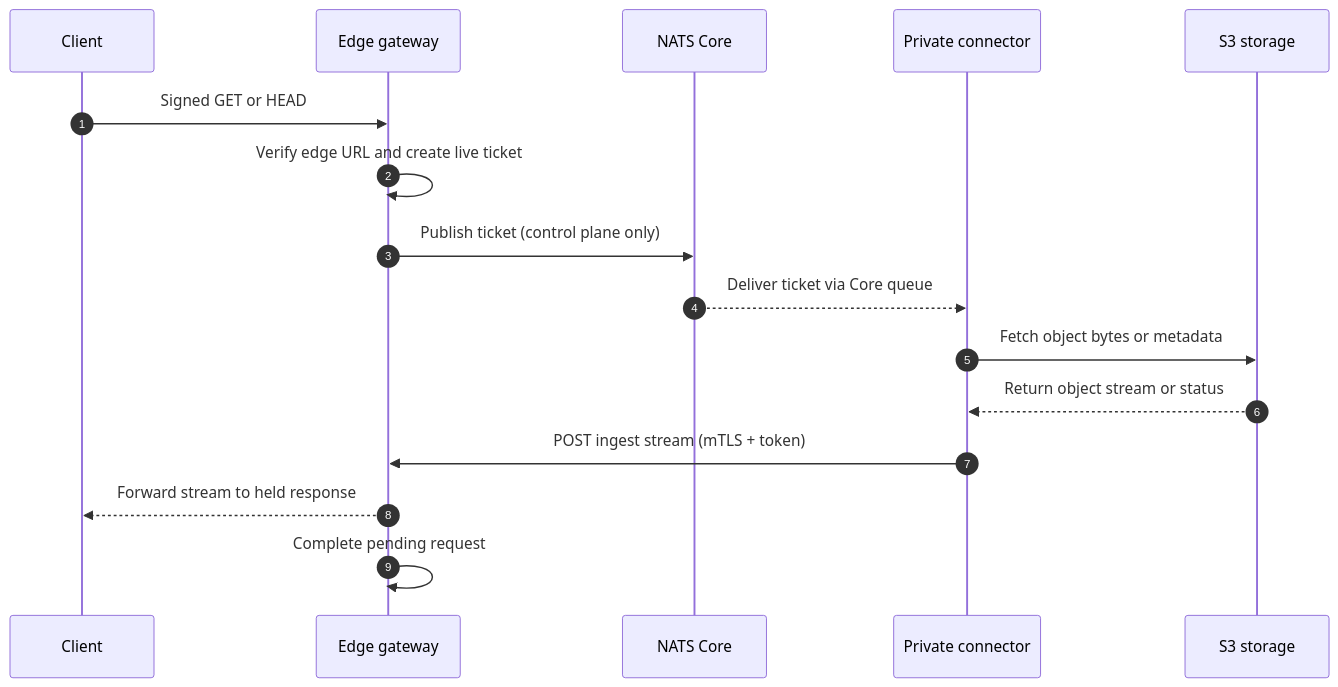
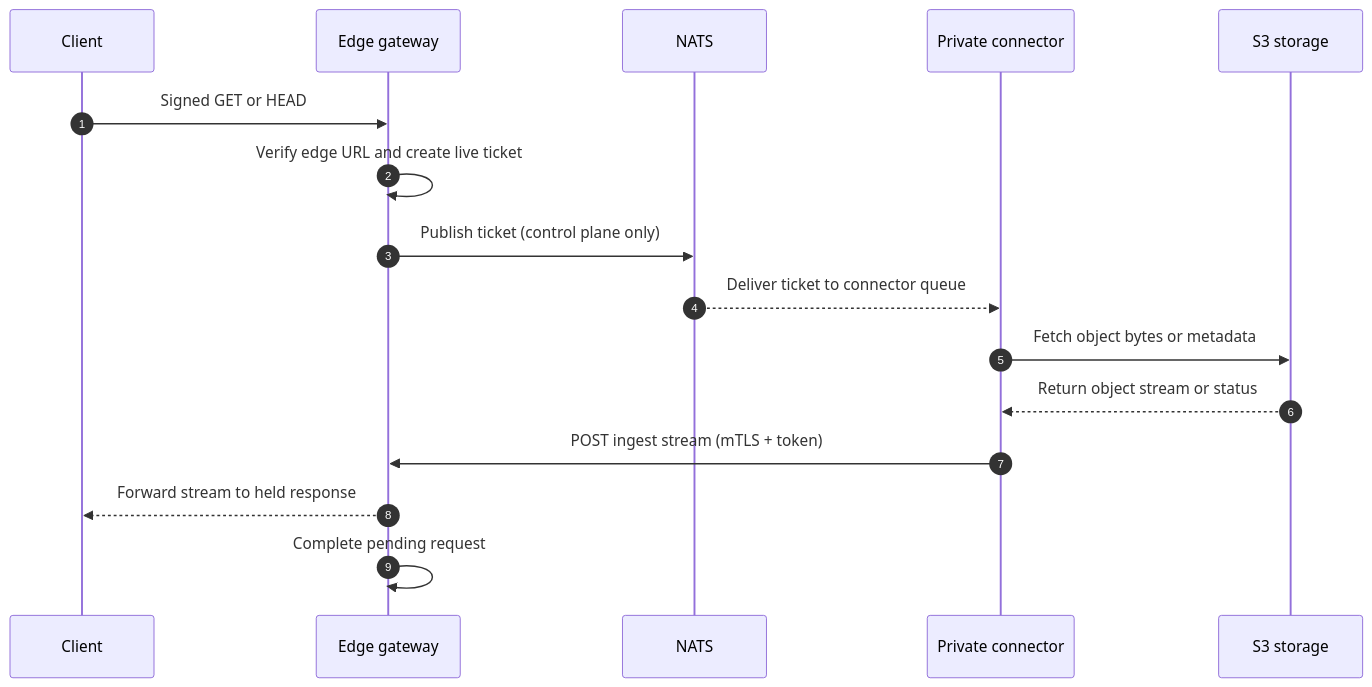
Before and after one commit to terion-name/air3: the first of 2 diagrams in README.md, drawn with Mermaid. The commit also changed other lines of this file and 2 other files, not shown here.

Commit message:
docs: describe NATS control plane positively

````diff
--- a/README.md
+++ b/README.md
@@ -20,19 +21,19 @@
 ```mermaid
 sequenceDiagram
     autonumber
     participant Client
     participant Edge as Edge gateway
-    participant NATS as NATS Core
+    participant NATS as NATS
     participant Connector as Private connector
     participant S3 as S3 storage
 
     Client->>Edge: Signed GET or HEAD
     Edge->>Edge: Verify edge URL and create live ticket
     Edge->>NATS: Publish ticket (control plane only)
-    NATS-->>Connector: Deliver ticket via Core queue
+    NATS-->>Connector: Deliver ticket to connector queue
     Connector->>S3: Fetch object bytes or metadata
     S3-->>Connector: Return object stream or status
     Connector->>Edge: POST ingest stream (mTLS + token)
     Edge-->>Client: Forward stream to held response
     Edge->>Edge: Complete pending request
 ```
````
